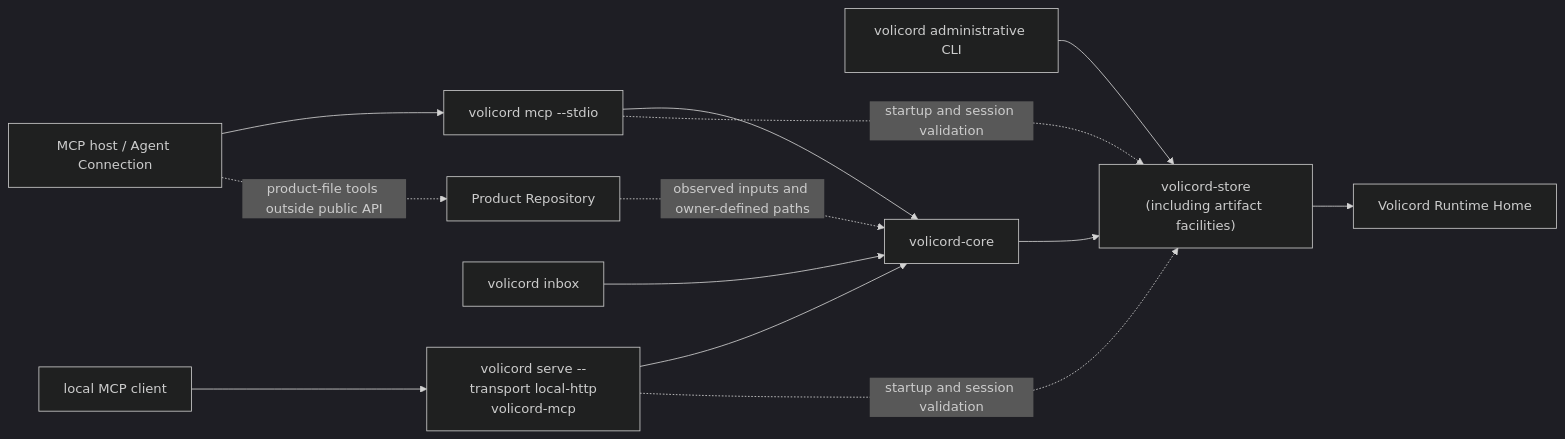
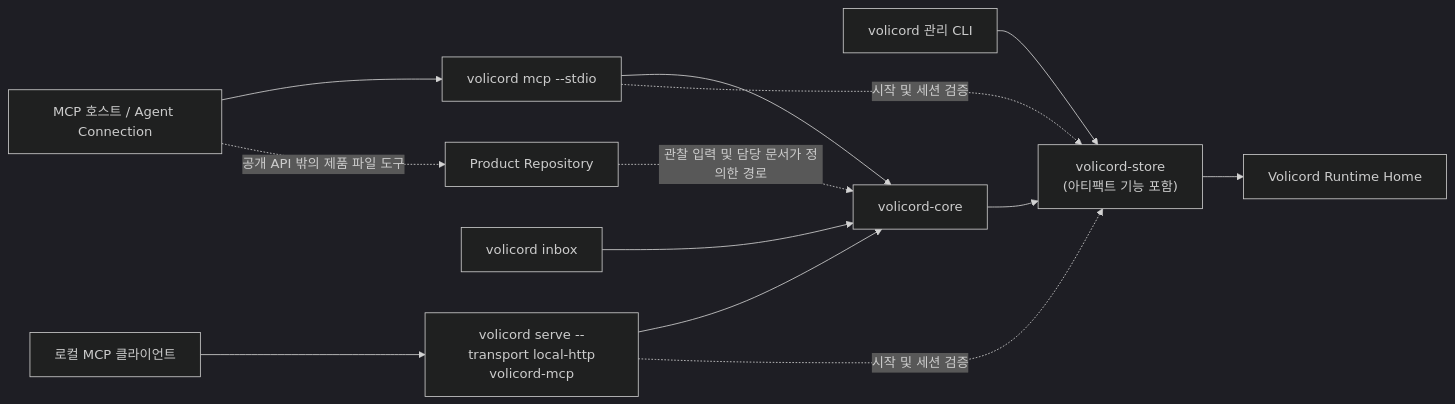
The diagram in docs/ko/architecture-guide/architecture.md (minjungw00/Volicord), drawn with Mermaid (dark theme) before and after one commit. The commit also changed other lines of this file and 2 other files, not shown here.

Commit message:
docs: naturalize Korean architecture guides

````diff
--- a/docs/ko/architecture-guide/architecture.md
+++ b/docs/ko/architecture-guide/architecture.md
@@ -28,24 +28,24 @@
 ```mermaid
 flowchart LR
-  host["MCP host / Agent Connection"]
+  host["MCP 호스트 / Agent Connection"]
   mcp["volicord mcp --stdio"]
-  httpclient["local MCP client"]
+  httpclient["로컬 MCP 클라이언트"]
   localhttp["volicord serve --transport local-http<br/>volicord-mcp"]
-  cli["volicord administrative CLI"]
+  cli["volicord 관리 CLI"]
   inbox["volicord inbox"]
   core["volicord-core"]
-  store["volicord-store<br/>(including artifact facilities)"]
+  store["volicord-store<br/>(아티팩트 기능 포함)"]
   runtime["Volicord Runtime Home"]
   product["Product Repository"]
 
   host --> mcp --> core
   httpclient --> localhttp --> core
-  mcp -. startup and session validation .-> store
-  localhttp -. startup and session validation .-> store
+  mcp -. 시작 및 세션 검증 .-> store
+  localhttp -. 시작 및 세션 검증 .-> store
   cli --> store
   inbox --> core
   core --> store
   store --> runtime
-  product -. observed inputs and owner-defined paths .-> core
-  host -. product-file tools outside public API .-> product
+  product -. 관찰 입력 및 담당 문서가 정의한 경로 .-> core
+  host -. 공개 API 밖의 제품 파일 도구 .-> product
 ```
````
